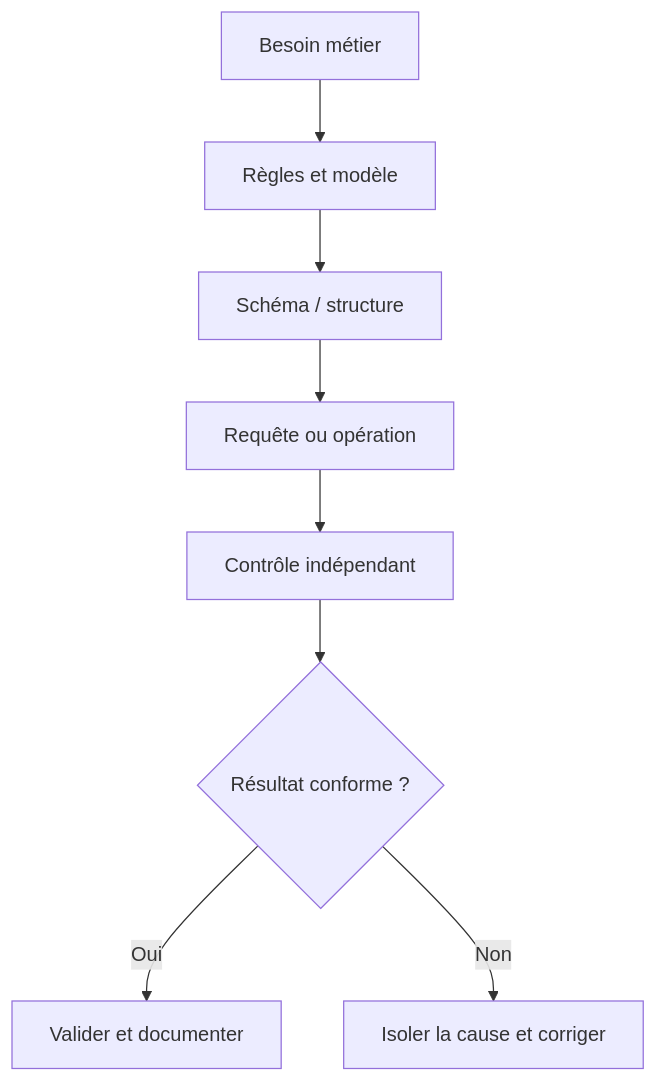
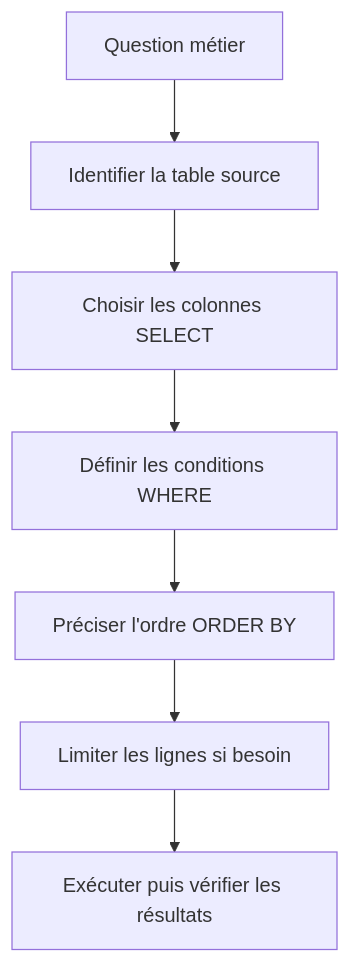
Before and after one commit to biggyseven/Skill-Tree: the third of 6 diagrams in content/lessons/data-sql-1-debutant.md, drawn with Mermaid. The commit also changed other lines of this file, not shown here.

Commit message:
docs(data): write comprehensive beginner SQL SELECT and INSERT lesson

````diff
--- a/content/lessons/data-sql-1-debutant.md
+++ b/content/lessons/data-sql-1-debutant.md
@@ -101,10 +413,9 @@
-```mermaid
+~~~mermaid
 flowchart TD
-    A["Besoin métier"] --> B["Règles et modèle"]
-    B --> C["Schéma / structure"]
-    C --> D["Requête ou opération"]
-    D --> E["Contrôle indépendant"]
-    E --> F{"Résultat conforme ?"}
-    F -- "Oui" --> G["Valider et documenter"]
-    F -- "Non" --> H["Isoler la cause et corriger"]
-```
+    A["Question métier"] --> B["Identifier la table source"]
+    B --> C["Choisir les colonnes SELECT"]
+    C --> D["Définir les conditions WHERE"]
+    D --> E["Préciser l'ordre ORDER BY"]
+    E --> F["Limiter les lignes si besoin"]
+    F --> G["Exécuter puis vérifier les résultats"]
+~~~
````
